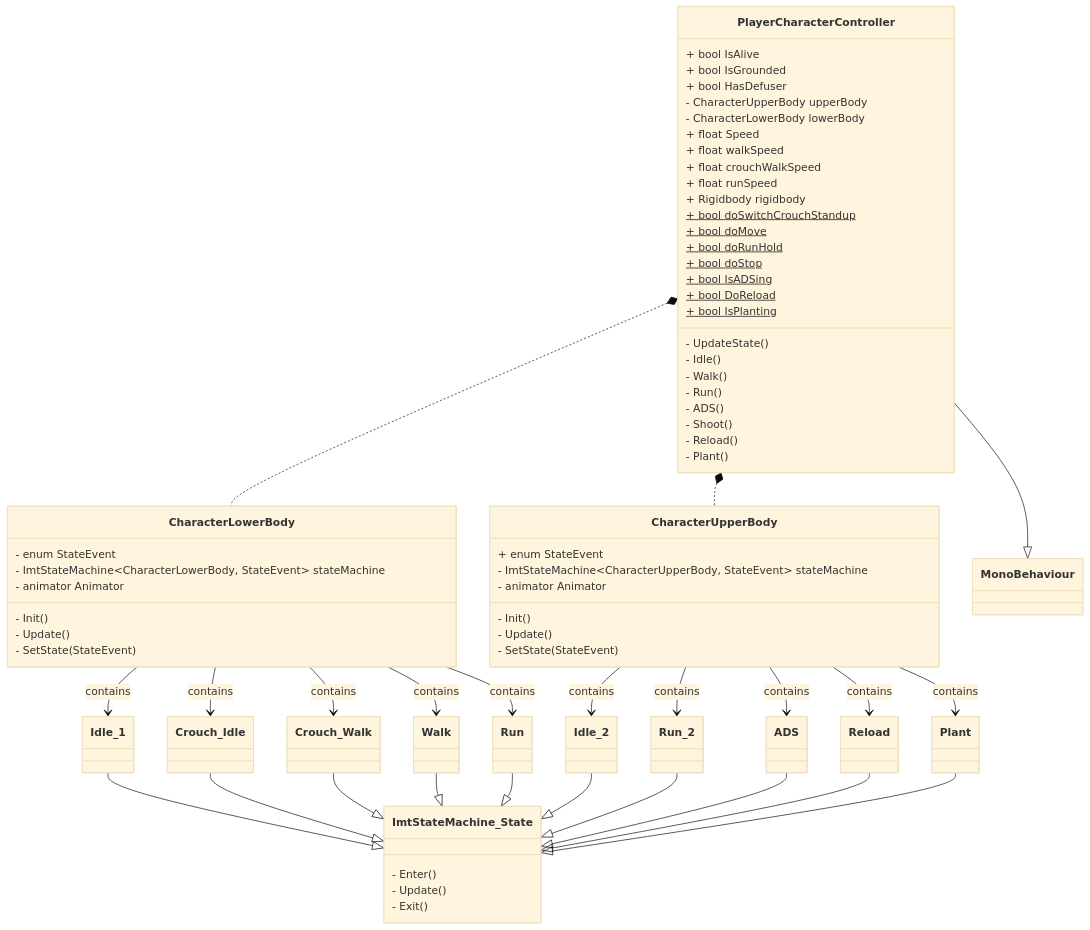
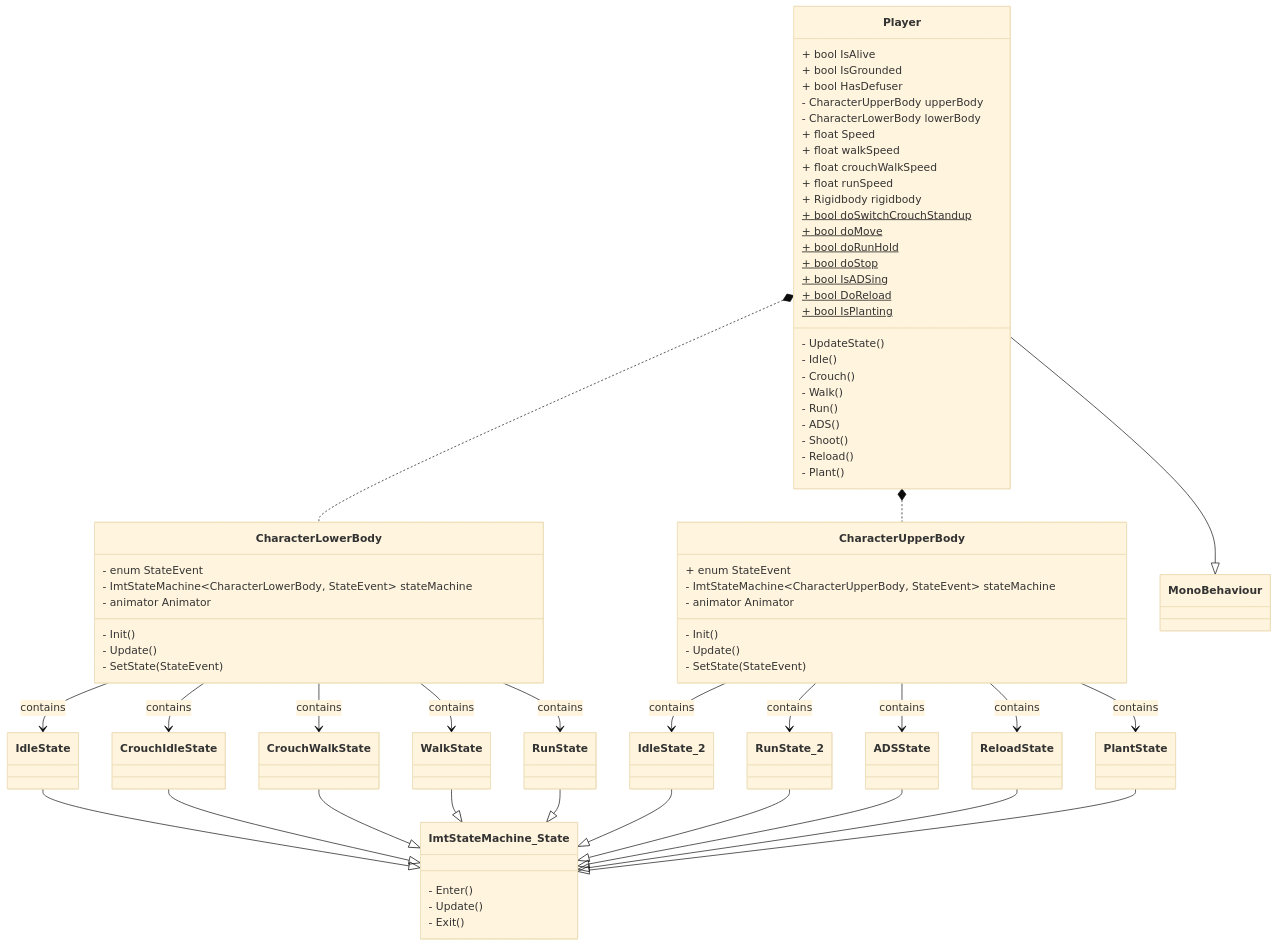
The diagram in FPS/Docs/Player_Class.md (kedzkiest/FPS), drawn with Mermaid (base theme) before and after one commit.

Commit message:
クラス名を変更

````diff
--- a/FPS/Docs/Player_Class.md
+++ b/FPS/Docs/Player_Class.md
@@ -1,10 +1,10 @@
 ```mermaid
 classDiagram
-    PlayerCharacterController *.. CharacterUpperBody
-    PlayerCharacterController *.. CharacterLowerBody
+    Player *.. CharacterUpperBody
+    Player *.. CharacterLowerBody
 
-    PlayerCharacterController --|> MonoBehaviour
-    class PlayerCharacterController{
+    Player --|> MonoBehaviour
+    class Player{
         + bool IsAlive
         + bool IsGrounded
         + bool HasDefuser
@@ -30,6 +30,7 @@
         - UpdateState()
 
         - Idle()
+        - Crouch()
         - Walk()
         - Run()
         - ADS()
@@ -50,22 +51,22 @@
         - SetState(StateEvent)
     }
 
-    CharacterLowerBody --> Idle_1: contains
-    CharacterLowerBody --> Crouch_Idle: contains
-    CharacterLowerBody --> Crouch_Walk: contains
-    CharacterLowerBody --> Walk: contains
-    CharacterLowerBody --> Run: contains
+    CharacterLowerBody --> IdleState: contains
+    CharacterLowerBody --> CrouchIdleState: contains
+    CharacterLowerBody --> CrouchWalkState: contains
+    CharacterLowerBody --> WalkState: contains
+    CharacterLowerBody --> RunState: contains
 
     class ImtStateMachine_State{
         - Enter()
         - Update()
         - Exit()
     }
-    Idle_1 --|> ImtStateMachine_State
-    Crouch_Idle --|> ImtStateMachine_State
-    Crouch_Walk--|> ImtStateMachine_State
-    Walk --|> ImtStateMachine_State
-    Run --|> ImtStateMachine_State
+    IdleState --|> ImtStateMachine_State
+    CrouchIdleState --|> ImtStateMachine_State
+    CrouchWalkState--|> ImtStateMachine_State
+    WalkState --|> ImtStateMachine_State
+    RunState --|> ImtStateMachine_State
 
     class CharacterUpperBody{
         + enum StateEvent
@@ -79,16 +80,16 @@
         - SetState(StateEvent)
     }
 
-    CharacterUpperBody --> Idle_2: contains
-    CharacterUpperBody --> Run_2: contains
-    CharacterUpperBody --> ADS: contains
-    CharacterUpperBody --> Reload: contains
-    CharacterUpperBody --> Plant: contains
+    CharacterUpperBody --> IdleState_2: contains
+    CharacterUpperBody --> RunState_2: contains
+    CharacterUpperBody --> ADSState: contains
+    CharacterUpperBody --> ReloadState: contains
+    CharacterUpperBody --> PlantState: contains
 
-    Idle_2 --|> ImtStateMachine_State
-    Run_2 --|> ImtStateMachine_State
-    ADS --|> ImtStateMachine_State
-    Reload --|> ImtStateMachine_State
-    Plant --|> ImtStateMachine_State
+    IdleState_2 --|> ImtStateMachine_State
+    RunState_2 --|> ImtStateMachine_State
+    ADSState --|> ImtStateMachine_State
+    ReloadState --|> ImtStateMachine_State
+    PlantState --|> ImtStateMachine_State
 
 ```
````
